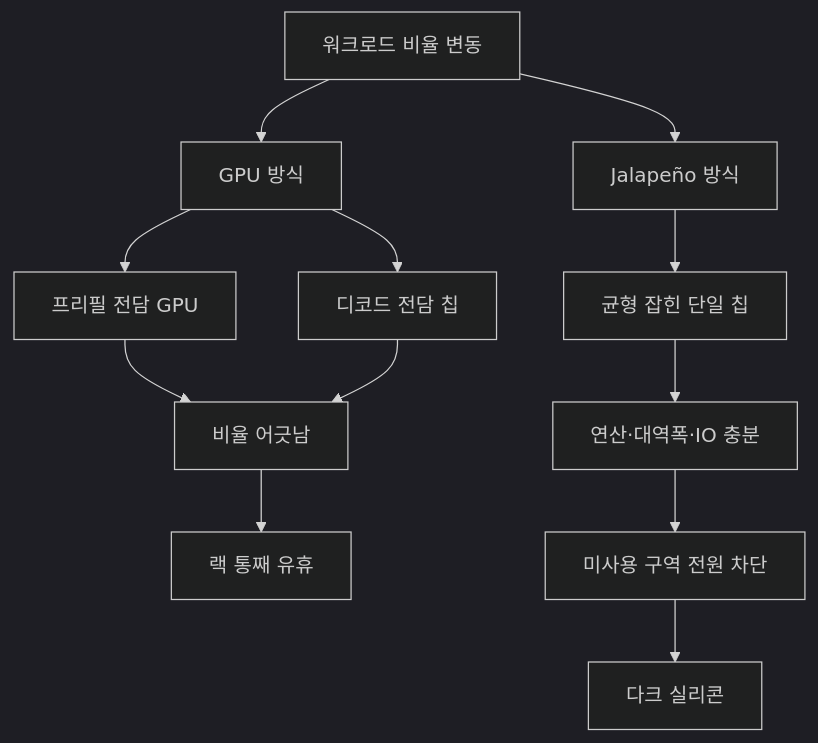
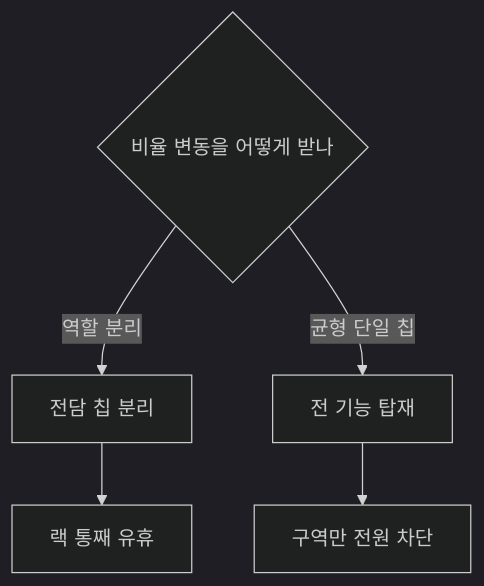
One commit to yohan4477/semi-report changed the seventh of 10 diagrams in insights/frames/exp/2026-08-27-openai-jalapeno-tech-opus.md. Above: the diagram before and after it, drawn with Mermaid (dark theme). The commit also changed other lines of this file and 2 other files, not shown here.

````diff
--- a/insights/frames/exp/2026-08-27-openai-jalapeno-tech-opus.md
+++ b/insights/frames/exp/2026-08-27-openai-jalapeno-tech-opus.md
@@ -219,14 +191,8 @@
 ```mermaid
 flowchart TD
-    A["워크로드 비율 변동"] --> B["GPU 방식"]
-    A --> C["Jalapeño 방식"]
-    B --> B1["프리필 전담 GPU"]
-    B --> B2["디코드 전담 칩"]
-    B1 --> B3["비율 어긋남"]
-    B2 --> B3
-    B3 --> B4["랙 통째 유휴"]
-    C --> C1["균형 잡힌 단일 칩"]
-    C1 --> C2["연산·대역폭·IO 충분"]
-    C2 --> C3["미사용 구역 전원 차단"]
-    C3 --> C4["다크 실리콘"]
+    R{"비율 변동을 어떻게 받나"}
+    R -->|역할 분리| A1["전담 칩 분리"]
+    A1 --> A2["랙 통째 유휴"]
+    R -->|균형 단일 칩| B1["전 기능 탑재"]
+    B1 --> B2["구역만 전원 차단"]
 ```
````
